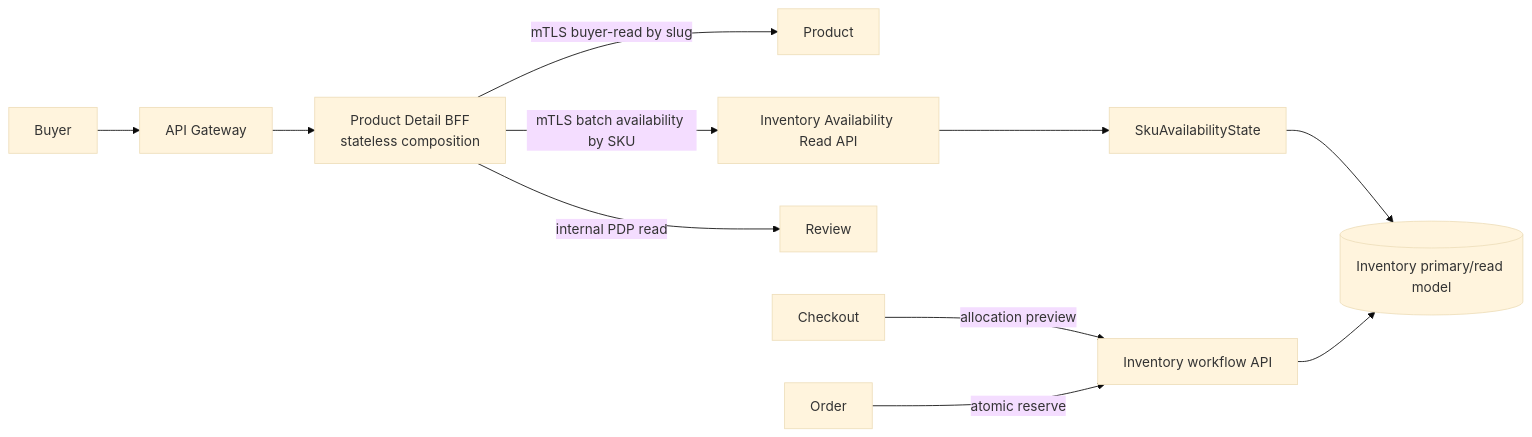
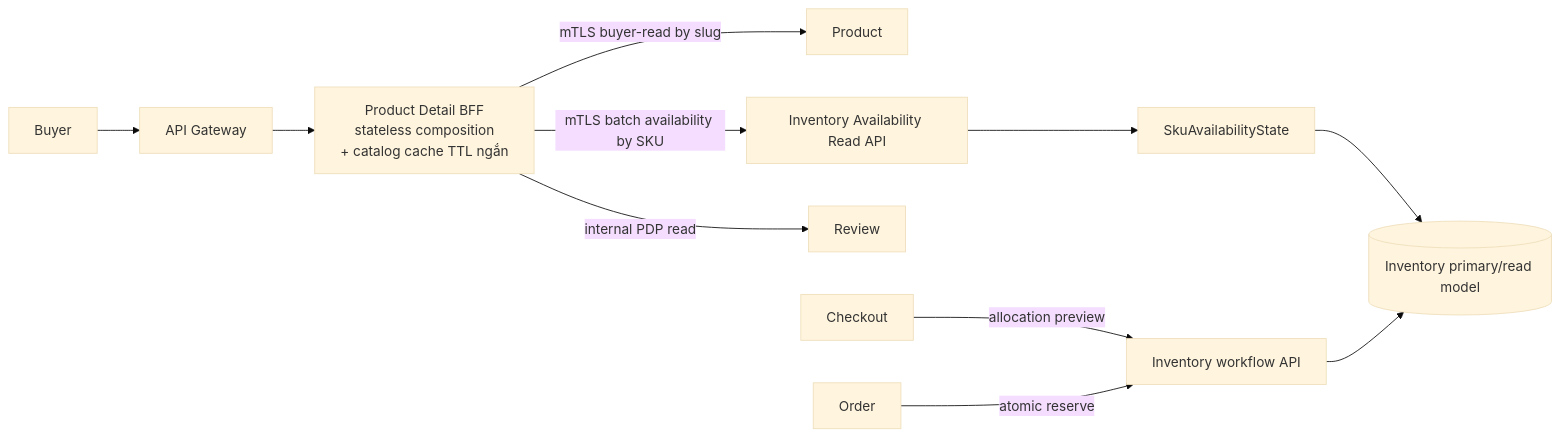
The diagram in docs/product-detail-bff/architecture.md (quangdung2110/e-commerce-microservices), drawn with Mermaid (base theme) before and after one commit. The commit also changed other lines of this file and 31 other files, not shown here.

First line of the commit message:
perf(pdp): in-process Product catalog cache with a short TTL (ADR-011)

````diff
--- a/docs/product-detail-bff/architecture.md
+++ b/docs/product-detail-bff/architecture.md
@@ -12,13 +12,13 @@
 ```mermaid
 flowchart LR
   B[Buyer] --> G[API Gateway]
-  G --> BFF[Product Detail BFF\nstateless composition]
+  G --> BFF[Product Detail BFF\nstateless composition\n+ catalog cache TTL ngắn]
   BFF -->|mTLS buyer-read by slug| P[Product]
   BFF -->|mTLS batch availability by SKU| IQ[Inventory Availability Read API]
   BFF -->|internal PDP read| R[Review]
   IQ --> AS[SkuAvailabilityState]
   AS --> IDB[(Inventory primary/read model)]
   CO[Checkout] -->|allocation preview| I[Inventory workflow API]
   O[Order] -->|atomic reserve| I
   I --> IDB
 ```
````
